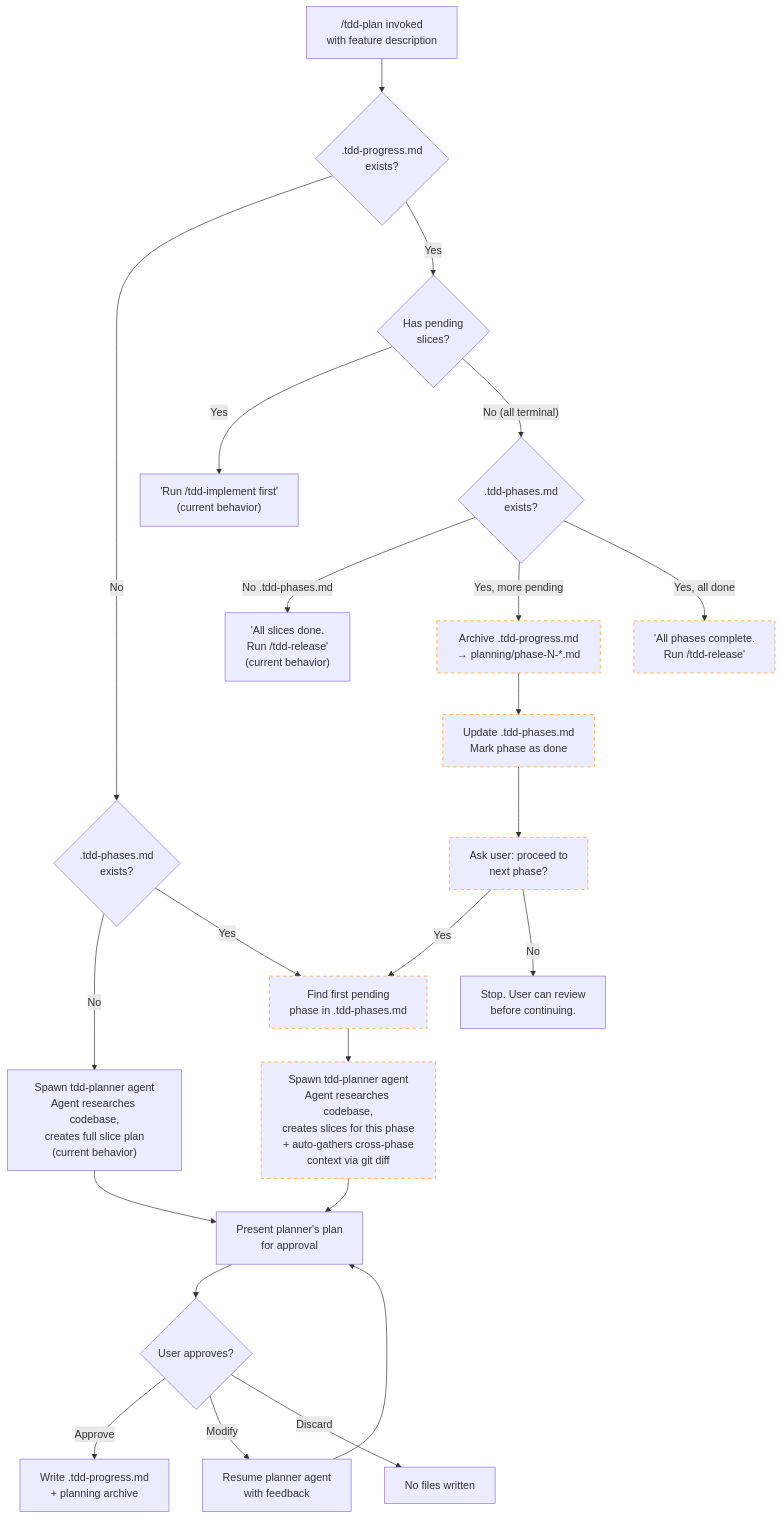
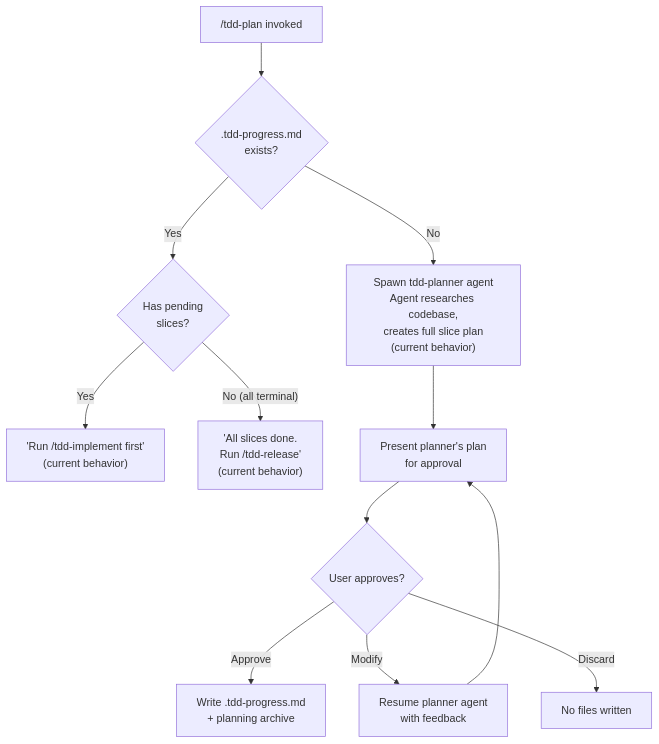
One commit to hugo-bluecorn/claude-code-tdd-workflow changed the fourth of 7 diagrams in explorations/role-to-agent-analysis/proposed-workflow-diagrams.md. Above: the diagram before and after it, drawn with Mermaid. The commit also changed other lines of this file, not shown here.

First line of the commit message:
docs: fix phase loop — goes to implement, not planner

````diff
--- a/explorations/role-to-agent-analysis/proposed-workflow-diagrams.md
+++ b/explorations/role-to-agent-analysis/proposed-workflow-diagrams.md
@@ -186,37 +182,17 @@
 ```mermaid
 flowchart TD
-    START["/tdd-plan invoked<br/>with feature description"] --> CHECK_PROGRESS{.tdd-progress.md<br/>exists?}
+    START["/tdd-plan invoked"] --> CHECK_PROGRESS{.tdd-progress.md<br/>exists?}
 
-    CHECK_PROGRESS -->|No| CHECK_PHASES_A{.tdd-phases.md<br/>exists?}
-    CHECK_PHASES_A -->|No| PLAN_FULL["Spawn tdd-planner agent<br/>Agent researches codebase,<br/>creates full slice plan<br/>(current behavior)"]
-    CHECK_PHASES_A -->|Yes| FIND_NEXT["Find first pending<br/>phase in .tdd-phases.md"]
-    FIND_NEXT --> PLAN_PHASE["Spawn tdd-planner agent<br/>Agent researches codebase,<br/>creates slices for this phase<br/>+ auto-gathers cross-phase<br/>context via git diff"]
+    CHECK_PROGRESS -->|No| PLAN_FULL["Spawn tdd-planner agent<br/>Agent researches codebase,<br/>creates full slice plan<br/>(current behavior)"]
 
     CHECK_PROGRESS -->|Yes| CHECK_PENDING{Has pending<br/>slices?}
     CHECK_PENDING -->|Yes| BLOCK["'Run /tdd-implement first'<br/>(current behavior)"]
-
-    CHECK_PENDING -->|"No (all terminal)"| CHECK_PHASES_B{.tdd-phases.md<br/>exists?}
-    CHECK_PHASES_B -->|No .tdd-phases.md| SUGGEST_RELEASE["'All slices done.<br/>Run /tdd-release'<br/>(current behavior)"]
-    CHECK_PHASES_B -->|"Yes, more pending"| ARCHIVE["Archive .tdd-progress.md<br/>→ planning/phase-N-*.md"]
-    ARCHIVE --> UPDATE_PHASES["Update .tdd-phases.md<br/>Mark phase as done"]
-    UPDATE_PHASES --> CONFIRM["Ask user: proceed to<br/>next phase?"]
-    CONFIRM -->|Yes| FIND_NEXT
-    CONFIRM -->|No| STOP["Stop. User can review<br/>before continuing."]
-
-    CHECK_PHASES_B -->|"Yes, all done"| SUGGEST_RELEASE_ALL["'All phases complete.<br/>Run /tdd-release'"]
+    CHECK_PENDING -->|"No (all terminal)"| SUGGEST_RELEASE["'All slices done.<br/>Run /tdd-release'<br/>(current behavior)"]
 
     PLAN_FULL --> PRESENT["Present planner's plan<br/>for approval"]
-    PLAN_PHASE --> PRESENT
     PRESENT --> APPROVAL{User approves?}
     APPROVAL -->|Approve| WRITE["Write .tdd-progress.md<br/>+ planning archive"]
     APPROVAL -->|Modify| RESUME["Resume planner agent<br/>with feedback"]
     RESUME --> PRESENT
     APPROVAL -->|Discard| DISCARD["No files written"]
-
-    style ARCHIVE stroke-dasharray: 5 5,stroke:#f90
-    style UPDATE_PHASES stroke-dasharray: 5 5,stroke:#f90
-    style CONFIRM stroke-dasharray: 5 5,stroke:#f90
-    style FIND_NEXT stroke-dasharray: 5 5,stroke:#f90
-    style SUGGEST_RELEASE_ALL stroke-dasharray: 5 5,stroke:#f90
-    style PLAN_PHASE stroke-dasharray: 5 5,stroke:#f90
 ```
````
